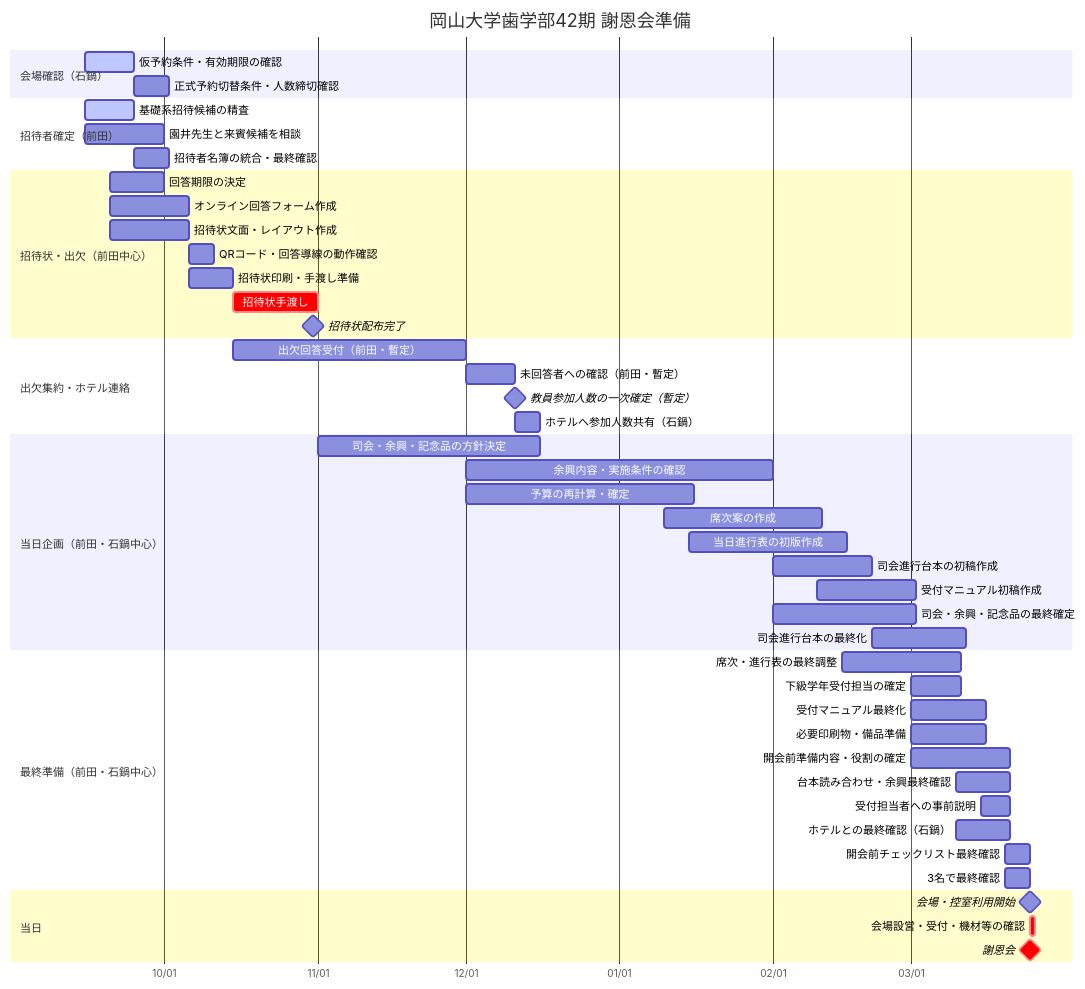
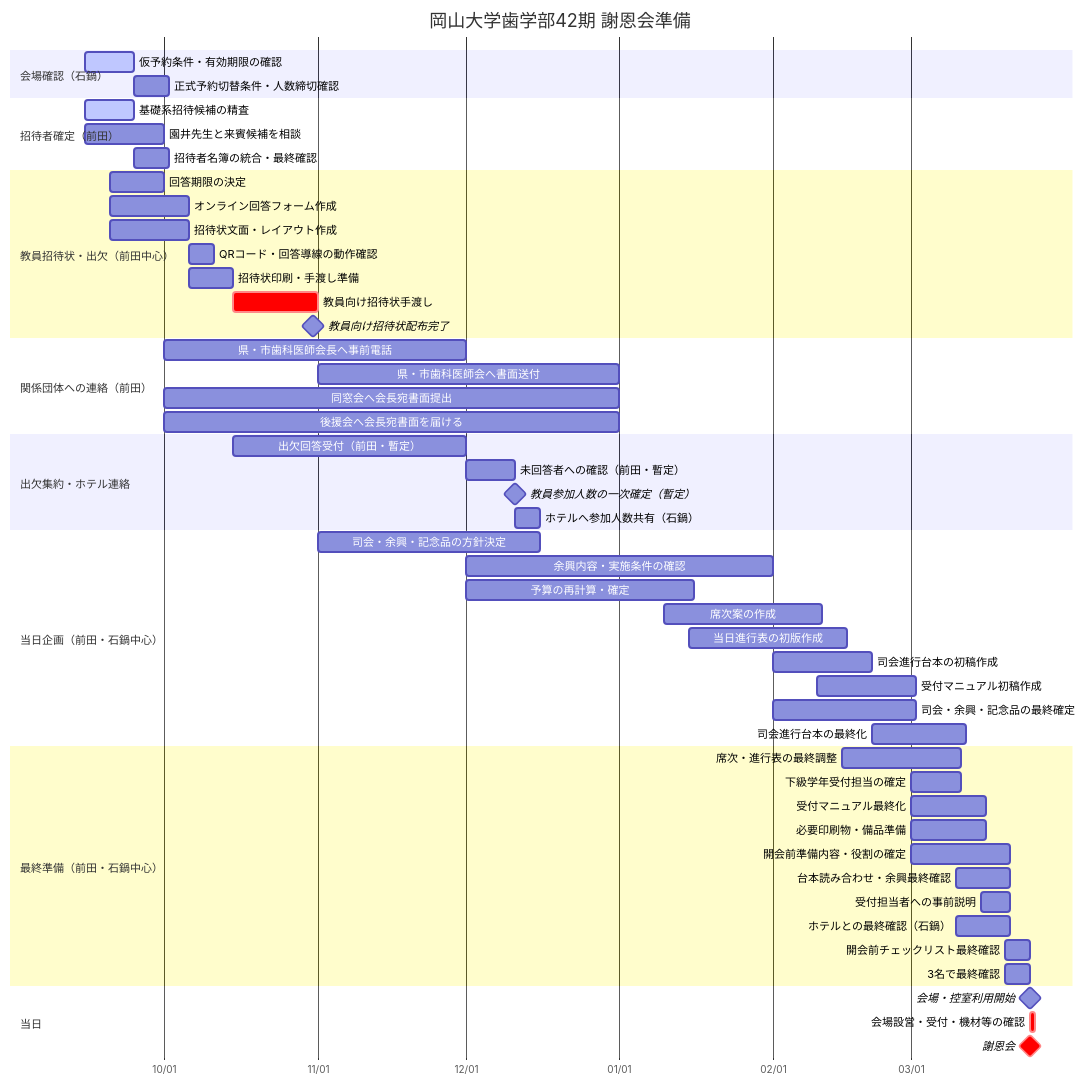
The diagram in GANTT.md (ishinebe/syaonkai), drawn with Mermaid before and after one commit. The commit also changed other lines of this file, not shown here.

````diff
--- a/GANTT.md
+++ b/GANTT.md
@@ -19,58 +19,64 @@
 ```mermaid
 gantt
     title 岡山大学歯学部42期 謝恩会準備
     dateFormat  YYYY-MM-DD
     axisFormat  %m/%d
 
     section 会場確認（石鍋）
     仮予約条件・有効期限の確認       :active, h1, 2026-09-15, 10d
     正式予約切替条件・人数締切確認   :h2, after h1, 7d
 
     section 招待者確定（前田）
     基礎系招待候補の精査           :active, a1, 2026-09-15, 10d
     園井先生と来賓候補を相談       :a2, 2026-09-15, 16d
     招待者名簿の統合・最終確認     :a3, after a1, 7d
 
-    section 招待状・出欠（前田中心）
+    section 教員招待状・出欠（前田中心）
     回答期限の決定                 :a4, 2026-09-20, 11d
     オンライン回答フォーム作成     :a5, 2026-09-20, 16d
     招待状文面・レイアウト作成     :a6, 2026-09-20, 16d
     QRコード・回答導線の動作確認   :a7, after a5, 5d
     招待状印刷・手渡し準備         :a8, 2026-10-06, 9d
-    招待状手渡し                   :crit, a9, 2026-10-15, 17d
-    招待状配布完了                 :milestone, m1, 2026-10-31, 0d
+    教員向け招待状手渡し           :crit, a9, 2026-10-15, 17d
+    教員向け招待状配布完了         :milestone, m1, 2026-10-31, 0d
+
+    section 関係団体への連絡（前田）
+    県・市歯科医師会長へ事前電話   :a33, 2026-10-01, 61d
+    県・市歯科医師会へ書面送付     :a34, 2026-11-01, 61d
+    同窓会へ会長宛書面提出         :a35, 2026-10-01, 92d
+    後援会へ会長宛書面を届ける     :a36, 2026-10-01, 92d
 
     section 出欠集約・ホテル連絡
     出欠回答受付（前田・暫定）     :a10, 2026-10-15, 47d
     未回答者への確認（前田・暫定） :a11, 2026-12-01, 10d
     教員参加人数の一次確定（暫定） :milestone, m2, 2026-12-11, 0d
     ホテルへ参加人数共有（石鍋）   :a12, 2026-12-11, 5d
 
     section 当日企画（前田・石鍋中心）
     司会・余興・記念品の方針決定   :a13, 2026-11-01, 45d
     余興内容・実施条件の確認       :a25, 2026-12-01, 62d
     予算の再計算・確定             :a14, 2026-12-01, 46d
     席次案の作成                   :a15, 2027-01-10, 32d
     当日進行表の初版作成           :a16, 2027-01-15, 32d
     司会進行台本の初稿作成         :a26, 2027-02-01, 20d
     受付マニュアル初稿作成         :a29, 2027-02-10, 20d
     司会・余興・記念品の最終確定   :a17, 2027-02-01, 29d
     司会進行台本の最終化           :a27, 2027-02-21, 19d
 
     section 最終準備（前田・石鍋中心）
     席次・進行表の最終調整         :a18, 2027-02-15, 24d
     下級学年受付担当の確定         :a30, 2027-03-01, 10d
     受付マニュアル最終化           :a31, 2027-03-01, 15d
     必要印刷物・備品準備           :a19, 2027-03-01, 15d
     開会前準備内容・役割の確定     :a22, 2027-03-01, 20d
     台本読み合わせ・余興最終確認   :a28, 2027-03-10, 11d
     受付担当者への事前説明         :a32, 2027-03-15, 6d
     ホテルとの最終確認（石鍋）     :a20, 2027-03-10, 11d
     開会前チェックリスト最終確認   :a23, 2027-03-20, 5d
     3名で最終確認                  :a21, 2027-03-20, 5d
 
     section 当日
     会場・控室利用開始             :milestone, m4, 2027-03-25, 0d
     会場設営・受付・機材等の確認   :crit, a24, 2027-03-25, 1d
     謝恩会                          :crit, milestone, m3, 2027-03-25, 0d
 ```
````
